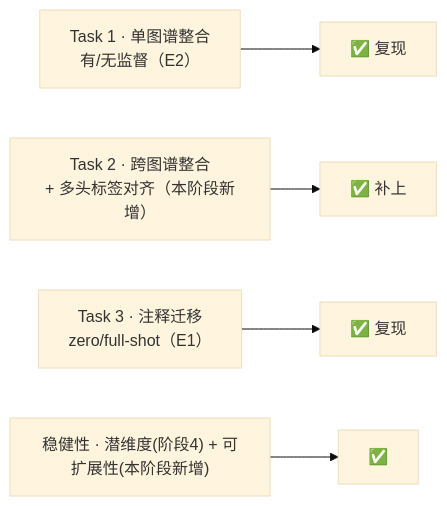
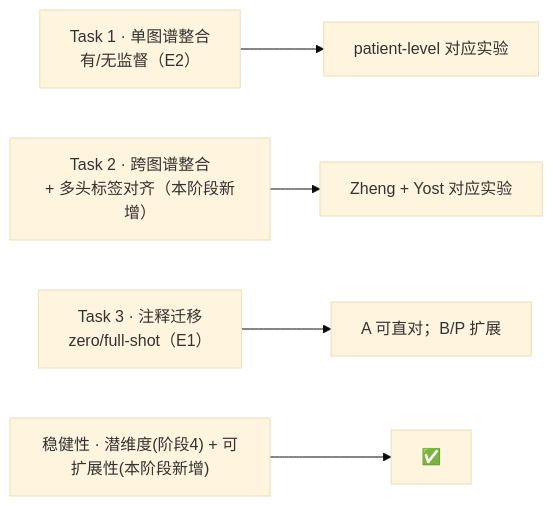
One commit to HEIMA-programmer/bio changed the diagram in reports/phase5_deeper_validation.md. Above: the diagram before and after it, drawn with Mermaid (base theme). The commit also changed other lines of this file and 66 other files, not shown here.

````diff
--- a/reports/phase5_deeper_validation.md
+++ b/reports/phase5_deeper_validation.md
@@ -14,7 +14,7 @@
 ```mermaid
 flowchart LR
-    T1["Task 1 · 单图谱整合<br/>有/无监督（E2）"] --> OK1["✅ 复现"]
-    T2["Task 2 · 跨图谱整合<br/>+ 多头标签对齐（本阶段新增）"] --> OK2["✅ 补上"]
-    T3["Task 3 · 注释迁移<br/>zero/full-shot（E1）"] --> OK3["✅ 复现"]
+    T1["Task 1 · 单图谱整合<br/>有/无监督（E2）"] --> OK1["patient-level 对应实验"]
+    T2["Task 2 · 跨图谱整合<br/>+ 多头标签对齐（本阶段新增）"] --> OK2["Zheng + Yost 对应实验"]
+    T3["Task 3 · 注释迁移<br/>zero/full-shot（E1）"] --> OK3["A 可直对；B/P 扩展"]
     R["稳健性 · 潜维度(阶段4) + 可扩展性(本阶段新增)"] --> OK4["✅"]
 ```
````
